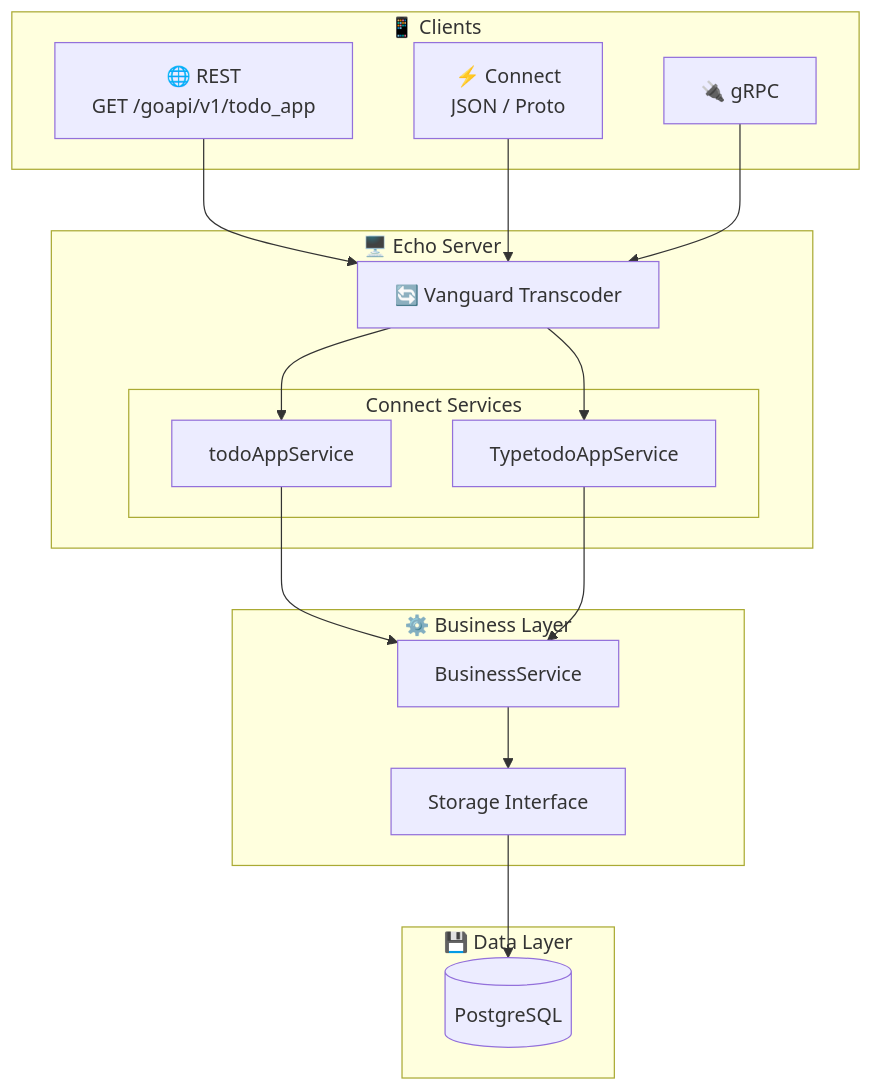
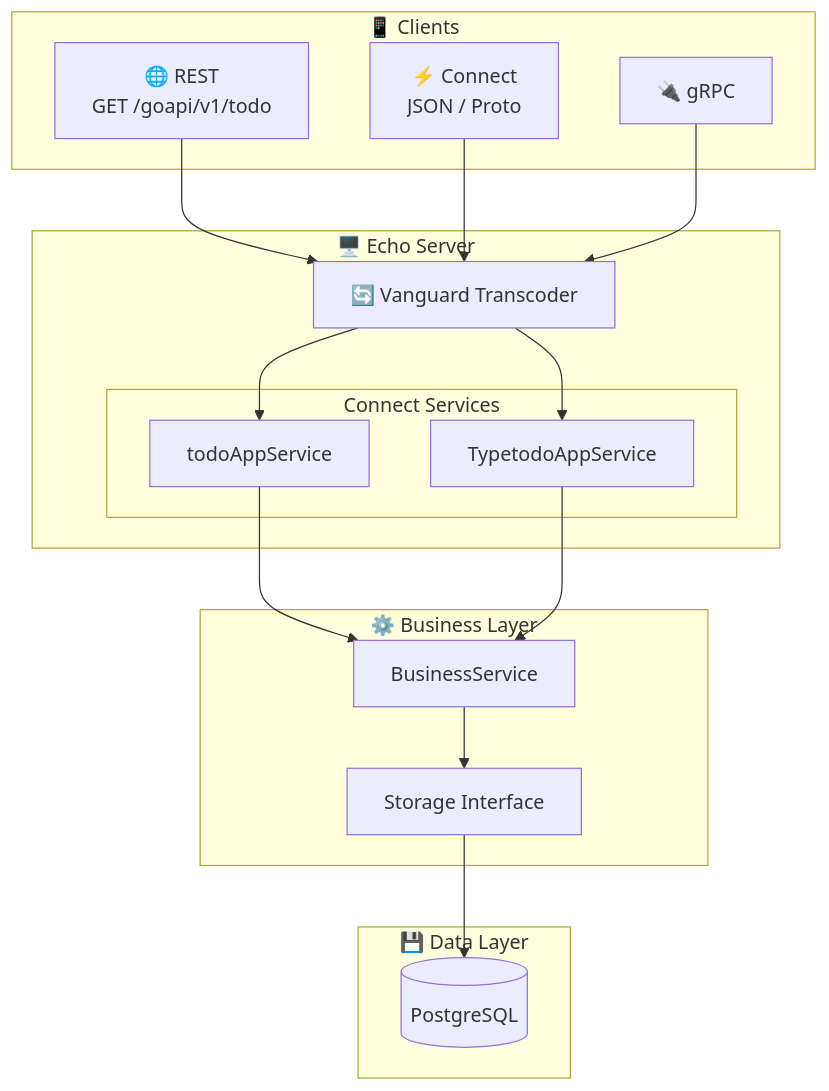
One commit to lao-tseu-is-alive/go-cloud-k8s-todo changed the diagram in README.md. Above: the diagram before and after it, drawn with Mermaid. The commit also changed other lines of this file and 25 other files, not shown here.

````diff
--- a/README.md
+++ b/README.md
@@ -28,35 +28,35 @@
 ```mermaid
 graph TB
     subgraph Clients["📱 Clients"]
-        REST["🌐 REST<br/>GET /goapi/v1/todo_app"]
+        REST["🌐 REST<br/>GET /goapi/v1/todo"]
         CONNECT["⚡ Connect<br/>JSON / Proto"]
         GRPC["🔌 gRPC"]
     end
     
     subgraph Server["🖥️ Echo Server"]
         VG["🔄 Vanguard Transcoder"]
         subgraph Services["Connect Services"]
             TS["todoAppService"]
             TTS["TypetodoAppService"]
         end
     end
     
     subgraph Core["⚙️ Business Layer"]
         BS["BusinessService"]
         ST["Storage Interface"]
     end
     
     subgraph Data["💾 Data Layer"]
         PG[(PostgreSQL)]
     end
     
     REST --> VG
     CONNECT --> VG
     GRPC --> VG
     VG --> TS
     VG --> TTS
     TS --> BS
     TTS --> BS
     BS --> ST
     ST --> PG
 ```
````
